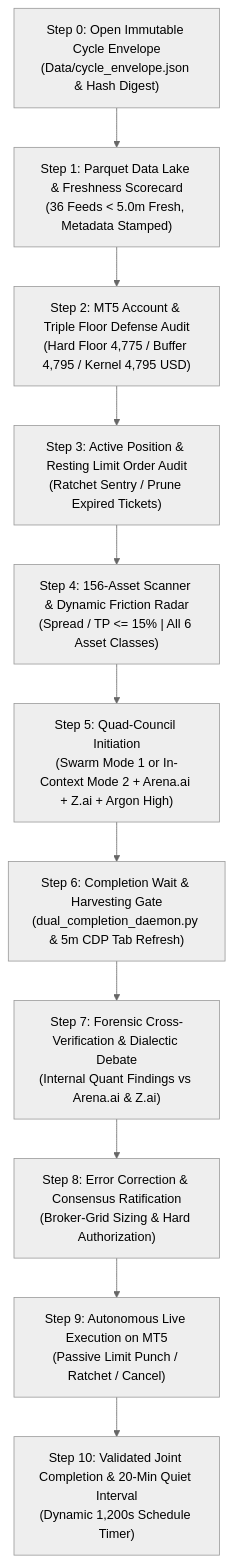
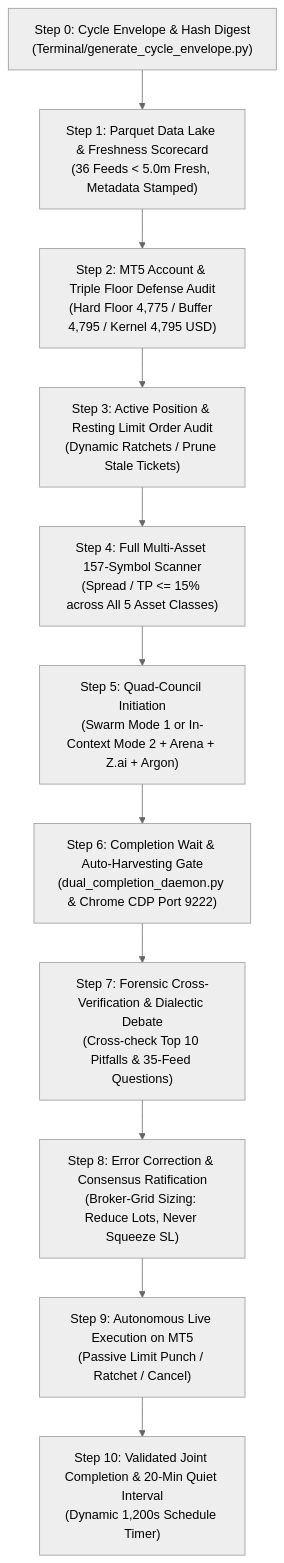
One commit to kbsingh1399/Trading_2 changed the third of 3 diagrams in Data/Manditory/AUTONOMOUS_WAKEUP_CHECKLIST.md. Above: the diagram before and after it, drawn with Mermaid (neutral theme). The commit also changed other lines of this file and 51 other files, not shown here.

Commit message:
feat(cycle-373): stage passive limit XAUUSD.pi ticket 19367388, audit 36/36 parquet feeds, update cycle state

````diff
--- a/Data/Manditory/AUTONOMOUS_WAKEUP_CHECKLIST.md
+++ b/Data/Manditory/AUTONOMOUS_WAKEUP_CHECKLIST.md
@@ -128,12 +102,13 @@
 ```mermaid
 flowchart TD
-    S0["Step 0: Open Immutable Cycle Envelope<br/>(Data/cycle_envelope.json & Hash Digest)"] --> S1["Step 1: Parquet Data Lake & Freshness Scorecard<br/>(36 Feeds < 5.0m Fresh, Metadata Stamped)"] --> S2["Step 2: MT5 Account & Triple Floor Defense Audit<br/>(Hard Floor 4,775 / Buffer 4,795 / Kernel 4,795 USD)"]
-    S2 --> S3["Step 3: Active Position & Resting Limit Order Audit<br/>(Ratchet Sentry / Prune Expired Tickets)"]
-    S3 --> S4["Step 4: 156-Asset Scanner & Dynamic Friction Radar<br/>(Spread / TP <= 15% | All 6 Asset Classes)"]
-    S4 --> S5["Step 5: Quad-Council Initiation<br/>(Swarm Mode 1 or In-Context Mode 2 + Arena.ai + Z.ai + Argon High)"]
-    S5 --> S6["Step 6: Completion Wait & Harvesting Gate<br/>(dual_completion_daemon.py & 5m CDP Tab Refresh)"]
-    S6 --> S7["Step 7: Forensic Cross-Verification & Dialectic Debate<br/>(Internal Quant Findings vs Arena.ai & Z.ai)"]
-    S7 --> S8["Step 8: Error Correction & Consensus Ratification<br/>(Broker-Grid Sizing & Hard Authorization)"]
+    S0["Step 0: Cycle Envelope & Hash Digest<br/>(Terminal/generate_cycle_envelope.py)"] --> S1["Step 1: Parquet Data Lake & Freshness Scorecard<br/>(36 Feeds < 5.0m Fresh, Metadata Stamped)"]
+    S1 --> S2["Step 2: MT5 Account & Triple Floor Defense Audit<br/>(Hard Floor 4,775 / Buffer 4,795 / Kernel 4,795 USD)"]
+    S2 --> S3["Step 3: Active Position & Resting Limit Order Audit<br/>(Dynamic Ratchets / Prune Stale Tickets)"]
+    S3 --> S4["Step 4: Full Multi-Asset 157-Symbol Scanner<br/>(Spread / TP <= 15% across All 5 Asset Classes)"]
+    S4 --> S5["Step 5: Quad-Council Initiation<br/>(Swarm Mode 1 or In-Context Mode 2 + Arena + Z.ai + Argon)"]
+    S5 --> S6["Step 6: Completion Wait & Auto-Harvesting Gate<br/>(dual_completion_daemon.py & Chrome CDP Port 9222)"]
+    S6 --> S7["Step 7: Forensic Cross-Verification & Dialectic Debate<br/>(Cross-check Top 10 Pitfalls & 35-Feed Questions)"]
+    S7 --> S8["Step 8: Error Correction & Consensus Ratification<br/>(Broker-Grid Sizing: Reduce Lots, Never Squeeze SL)"]
     S8 --> S9["Step 9: Autonomous Live Execution on MT5<br/>(Passive Limit Punch / Ratchet / Cancel)"]
     S9 --> S10["Step 10: Validated Joint Completion & 20-Min Quiet Interval<br/>(Dynamic 1,200s Schedule Timer)"]
 ```
````
